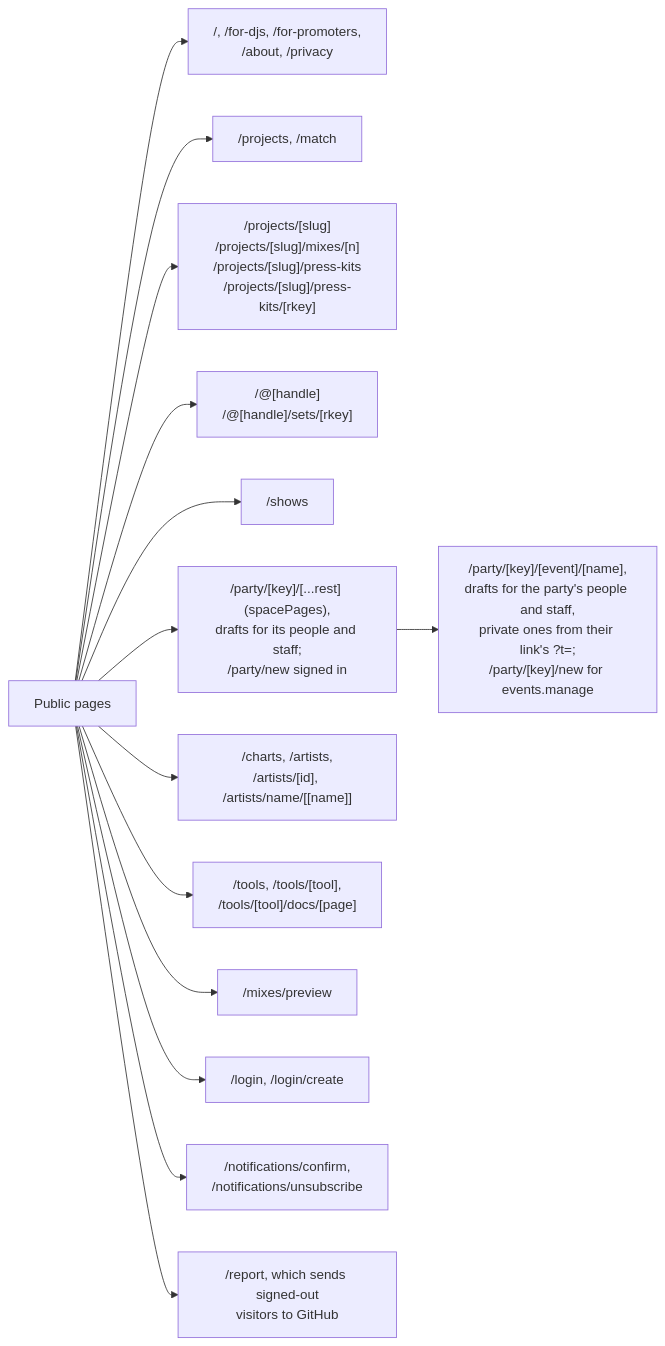
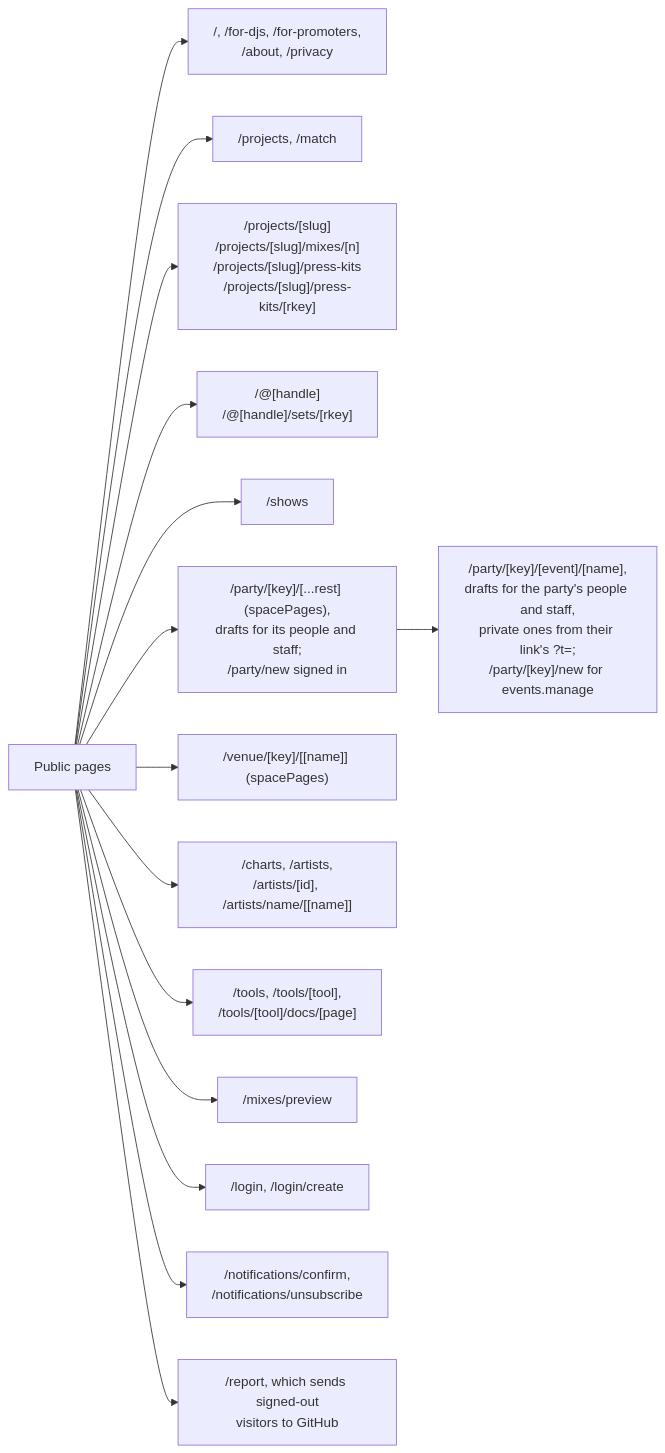
One commit to cutenode/localnetwork changed the seventh of 11 diagrams in apps/web/docs/diagrams/requests-and-routes.md. Above: the diagram before and after it, drawn with Mermaid. The commit also changed other lines of this file and 36 other files, not shown here.

First line of the commit message:
feat(web): venue pages, party events in /shows, and Never confirmed

````diff
--- a/apps/web/docs/diagrams/requests-and-routes.md
+++ b/apps/web/docs/diagrams/requests-and-routes.md
@@ -156,17 +156,18 @@
 ```mermaid
 flowchart LR
   Public["Public pages"]
   Public --> Home["/, /for-djs, /for-promoters,<br/>/about, /privacy"]
   Public --> Find["/projects, /match"]
   Public --> Performer["/projects/[slug]<br/>/projects/[slug]/mixes/[n]<br/>/projects/[slug]/press-kits<br/>/projects/[slug]/press-kits/[rkey]"]
   Public --> Profile["/@[handle]<br/>/@[handle]/sets/[rkey]"]
   Public --> Shows["/shows"]
   Public --> Party["/party/[key]/[...rest] (spacePages),<br/>drafts for its people and staff;<br/>/party/new signed in"]
   Party --> Event["/party/[key]/[event]/[name],<br/>drafts for the party's people and staff,<br/>private ones from their link's ?t=;<br/>/party/[key]/new for events.manage"]
+  Public --> Venue["/venue/[key]/[[name]] (spacePages)"]
   Public --> Music["/charts, /artists,<br/>/artists/[id], /artists/name/[[name]]"]
   Public --> Tools["/tools, /tools/[tool],<br/>/tools/[tool]/docs/[page]"]
   Public --> Preview["/mixes/preview"]
   Public --> Signin["/login, /login/create"]
   Public --> Mail["/notifications/confirm,<br/>/notifications/unsubscribe"]
   Public --> Report["/report, which sends signed-out<br/>visitors to GitHub"]
 ```
````
